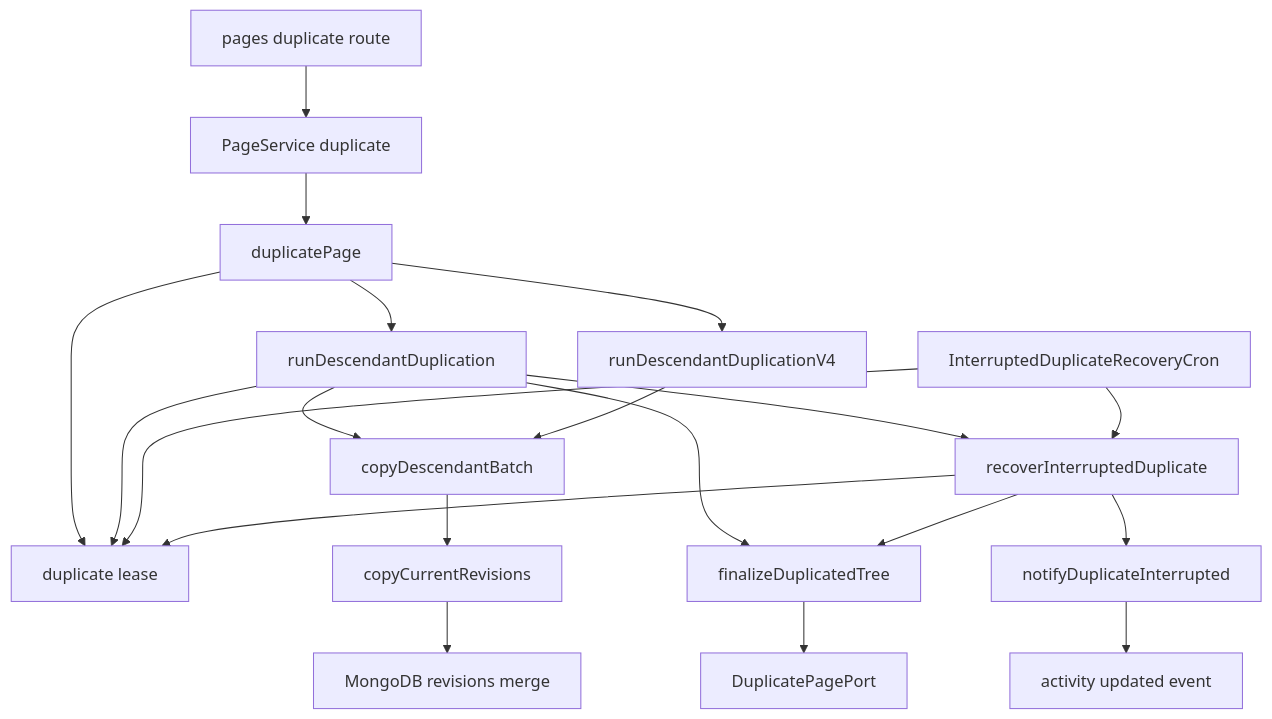
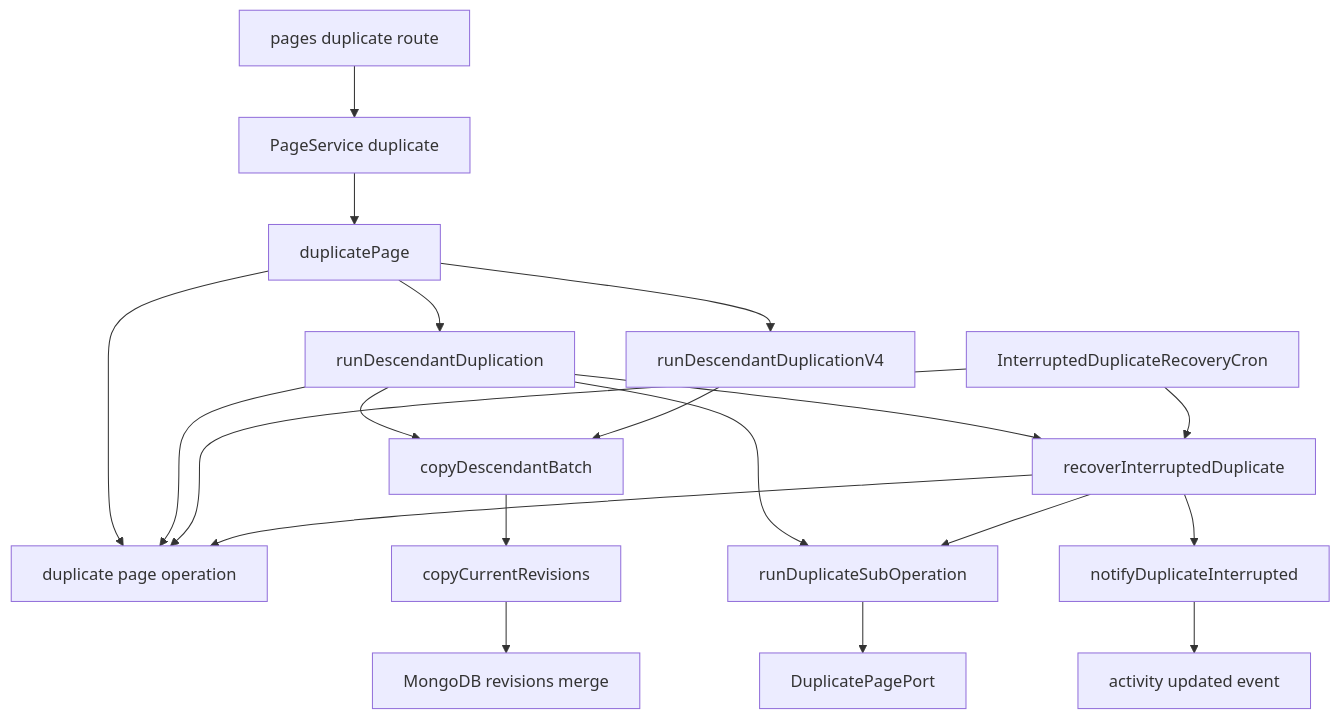
The first of 3 diagrams in .kiro/specs/page-duplicate/design.md (growilabs/growi), drawn with Mermaid before and after one commit. The commit also changed other lines of this file and 2 other files, not shown here.

Commit message:
docs(spec): page-duplicate design — address design review, align terms with PageOperation

````diff
--- a/.kiro/specs/page-duplicate/design.md
+++ b/.kiro/specs/page-duplicate/design.md
@@ -77,22 +97,22 @@
 ```mermaid
 graph TB
     Route[pages duplicate route] --> PageServiceFacade[PageService duplicate]
     PageServiceFacade --> DuplicatePage[duplicatePage]
-    DuplicatePage --> Lease[duplicate lease]
+    DuplicatePage --> DupPageOp[duplicate page operation]
     DuplicatePage --> RunV5[runDescendantDuplication]
     DuplicatePage --> RunV4[runDescendantDuplicationV4]
     RunV5 --> CopyBatch[copyDescendantBatch]
     RunV4 --> CopyBatch
     CopyBatch --> CopyRevisions[copyCurrentRevisions]
-    RunV5 --> Lease
-    RunV5 --> Finalize[finalizeDuplicatedTree]
+    RunV5 --> DupPageOp
+    RunV5 --> SubOp[runDuplicateSubOperation]
     RunV5 --> Recover[recoverInterruptedDuplicate]
-    Cron[InterruptedDuplicateRecoveryCron] --> Lease
+    Cron[InterruptedDuplicateRecoveryCron] --> DupPageOp
     Cron --> Recover
-    Recover --> Finalize
-    Recover --> Lease
+    Recover --> SubOp
+    Recover --> DupPageOp
     Recover --> Notify[notifyDuplicateInterrupted]
     CopyRevisions --> MongoDB[MongoDB revisions merge]
-    Finalize --> PagePort[DuplicatePagePort]
+    SubOp --> PagePort[DuplicatePagePort]
     Notify --> ActivityEvent[activity updated event]
 ```
````
